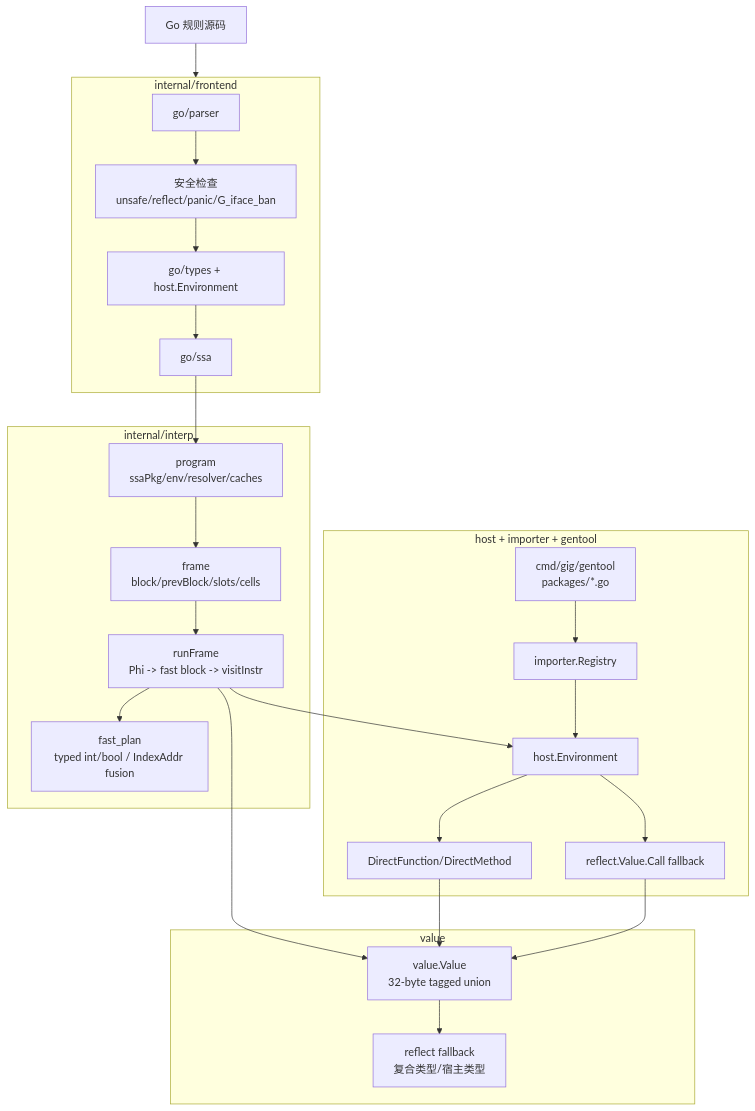
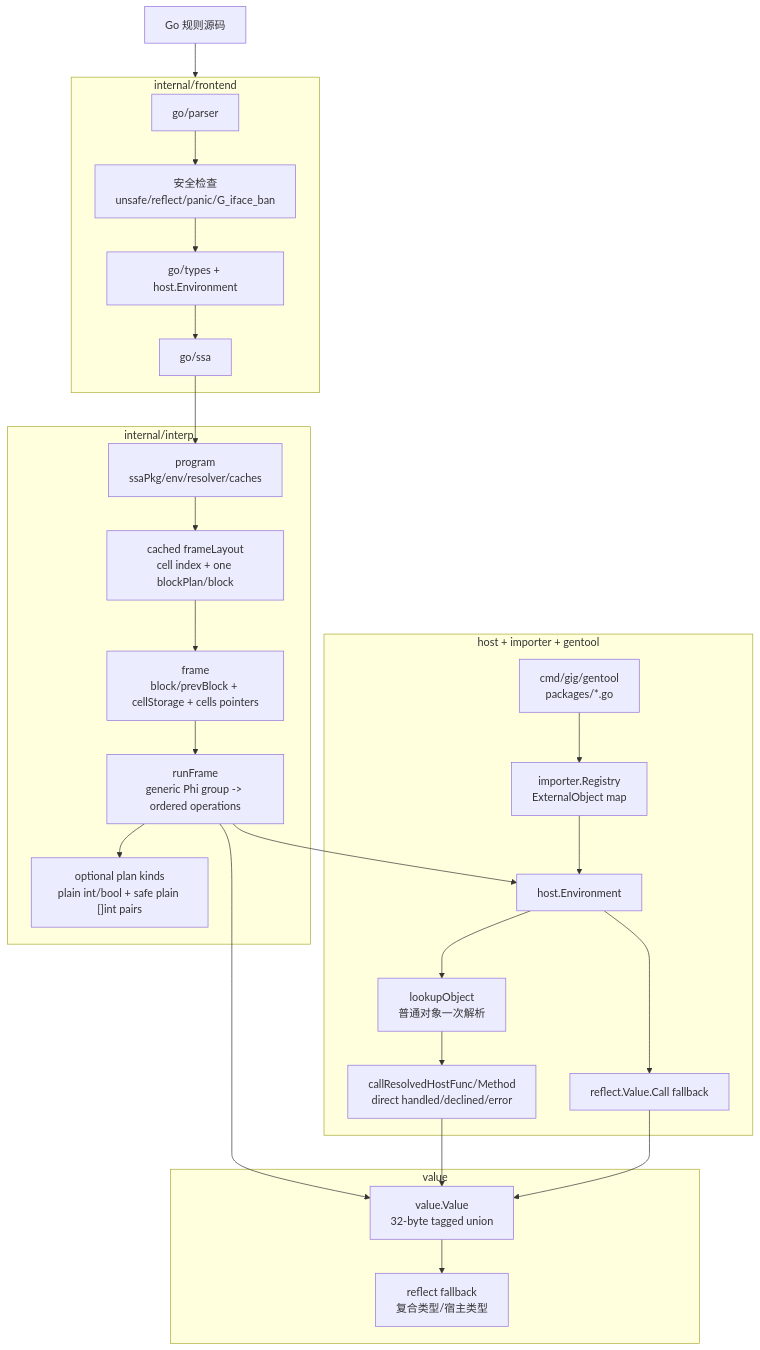
Before and after one commit to t04dJ14n9/GIG: the diagram in docs/ARCHITECTURE_CN.md, drawn with Mermaid. The commit also changed other lines of this file and 2 other files, not shown here.

Commit message:
docs: describe readable interpreter architecture

````diff
--- a/docs/ARCHITECTURE_CN.md
+++ b/docs/ARCHITECTURE_CN.md
@@ -25,44 +26,46 @@
 ```mermaid
 flowchart TB
     Source["Go 规则源码"] --> Frontend
 
     subgraph Frontend["internal/frontend"]
         Parse["go/parser"]
         Typecheck["go/types + host.Environment"]
         Safety["安全检查<br/>unsafe/reflect/panic/G_iface_ban"]
         SSA["go/ssa"]
         Parse --> Safety --> Typecheck --> SSA
     end
 
     subgraph Runtime["internal/interp"]
         Program["program<br/>ssaPkg/env/resolver/caches"]
-        Frame["frame<br/>block/prevBlock/slots/cells"]
-        Loop["runFrame<br/>Phi -> fast block -> visitInstr"]
-        Fast["fast_plan<br/>typed int/bool / IndexAddr fusion"]
-        Program --> Frame --> Loop
-        Loop --> Fast
+        Layout["cached frameLayout<br/>cell index + one blockPlan/block"]
+        Frame["frame<br/>block/prevBlock + cellStorage + cells pointers"]
+        Loop["runFrame<br/>generic Phi group -> ordered operations"]
+        Planned["optional plan kinds<br/>plain int/bool + safe plain []int pairs"]
+        Program --> Layout --> Frame --> Loop
+        Loop --> Planned
     end
 
     subgraph Values["value"]
         Tagged["value.Value<br/>32-byte tagged union"]
         Reflect["reflect fallback<br/>复合类型/宿主类型"]
         Tagged --> Reflect
     end
 
     subgraph Host["host + importer + gentool"]
-        Registry["importer.Registry"]
+        Registry["importer.Registry<br/>ExternalObject map"]
         Env["host.Environment"]
+        Lookup["lookupObject<br/>普通对象一次解析"]
         Gen["cmd/gig/gentool<br/>packages/*.go"]
-        Direct["DirectFunction/DirectMethod"]
+        Resolved["callResolvedHostFunc/Method<br/>direct handled/declined/error"]
         Fallback["reflect.Value.Call fallback"]
         Gen --> Registry --> Env
-        Env --> Direct
+        Env --> Lookup --> Resolved
         Env --> Fallback
     end
 
     SSA --> Program
     Loop --> Tagged
     Loop --> Env
-    Direct --> Tagged
+    Resolved --> Tagged
     Fallback --> Tagged
 ```
````
